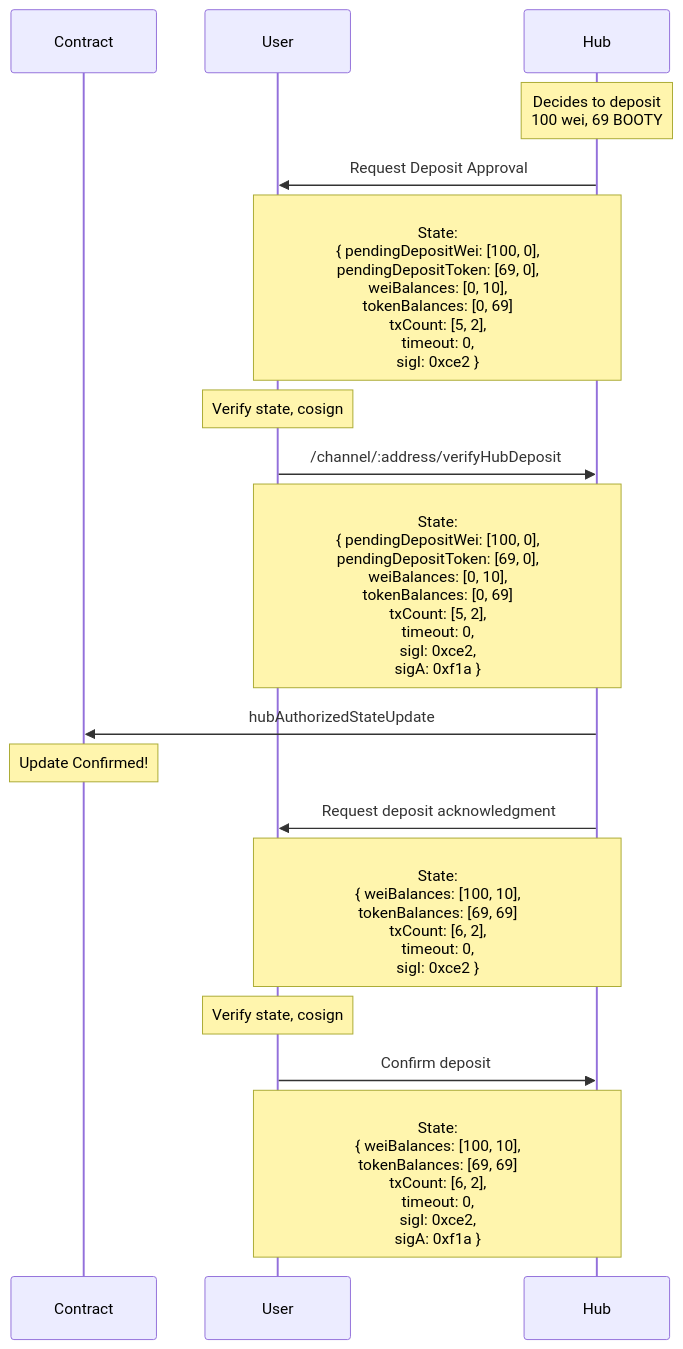
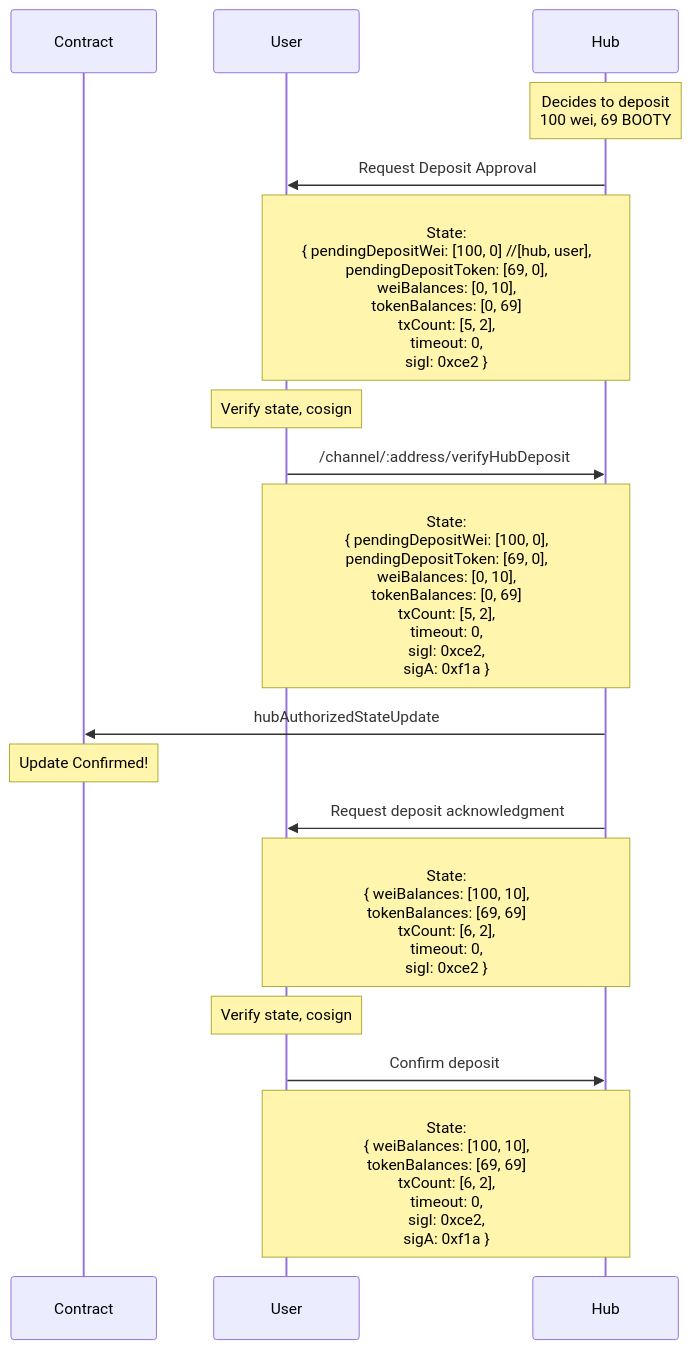
One commit to kyokan/contracts changed the diagram in docs/diagrams/hub-deposit.mmd. Above: the diagram before and after it, drawn with Mermaid. The commit also changed 2 other files, not shown here.

```diff
--- a/docs/diagrams/hub-deposit.mmd
+++ b/docs/diagrams/hub-deposit.mmd
@@ -1,32 +1,32 @@
 sequenceDiagram
 
     # title <u>Hub Deposit</u>
 
     # aliases
     participant Contract
     participant User
     participant Hub
 
     Note over Hub: Decides to deposit <br> 100 wei, 69 BOOTY
 
     Hub->>User: Request Deposit Approval
 
-    Note over Hub,User: <br> State: <br> { pendingDepositWei: [100, 0], <br> pendingDepositToken: [69, 0], <br> weiBalances: [0, 10], <br> tokenBalances: [0, 69] <br> txCount: [5, 2], <br> timeout: 0, <br> sigI: 0xce2 }
+    Note over Hub,User: <br> State: <br> { pendingDepositWei: [100, 0] //[hub, user], <br> pendingDepositToken: [69, 0], <br> weiBalances: [0, 10], <br> tokenBalances: [0, 69] <br> txCount: [5, 2], <br> timeout: 0, <br> sigI: 0xce2 }
 
     Note over User: Verify state, cosign
 
     User->>Hub: /channel/:address/verifyHubDeposit
 
     Note over User,Hub: <br> State: <br> { pendingDepositWei: [100, 0], <br> pendingDepositToken: [69, 0], <br> weiBalances: [0, 10], <br> tokenBalances: [0, 69] <br> txCount: [5, 2], <br> timeout: 0, <br> sigI: 0xce2, <br> sigA: 0xf1a }
 
     Hub->>Contract: hubAuthorizedStateUpdate
 
     Note over Contract: Update Confirmed!
 
     Hub->>User: Request deposit acknowledgment
     Note over User,Hub: <br> State: <br> { weiBalances: [100, 10], <br> tokenBalances: [69, 69] <br> txCount: [6, 2], <br> timeout: 0, <br> sigI: 0xce2 }
 
     Note over User: Verify state, cosign
 
     User->>Hub: Confirm deposit
     Note over User,Hub: <br> State: <br> { weiBalances: [100, 10], <br> tokenBalances: [69, 69] <br> txCount: [6, 2], <br> timeout: 0, <br> sigI: 0xce2, <br> sigA: 0xf1a  }
```
